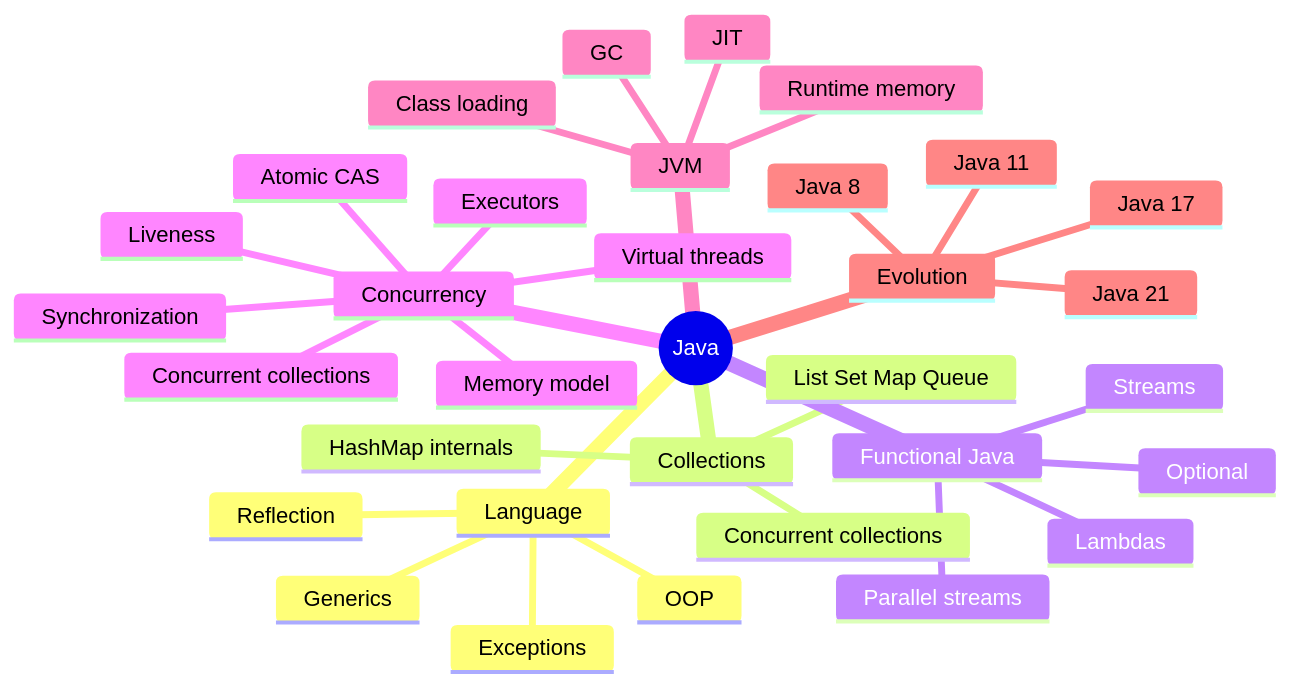
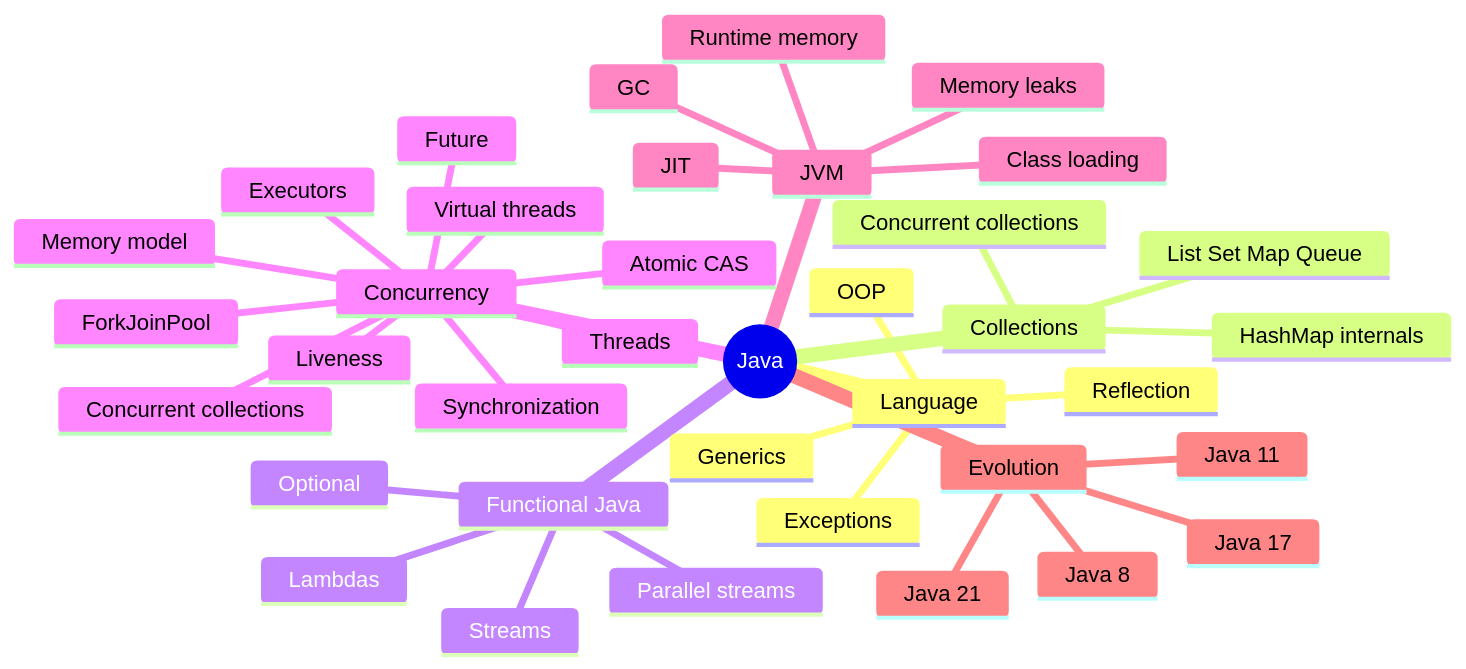
One commit to alimbetov/obsidian changed the diagram in 01_MAPS/Java Map.md. Above: the diagram before and after it, drawn with Mermaid. The commit also changed other lines of this file, not shown here.

Commit message:
map: link new Java thread Future ForkJoin and leak foundations

````diff
--- a/01_MAPS/Java Map.md
+++ b/01_MAPS/Java Map.md
@@ -12,36 +12,40 @@
 ```mermaid
 mindmap
   root((Java))
     Language
       OOP
       Generics
       Exceptions
       Reflection
     Collections
       List Set Map Queue
       HashMap internals
       Concurrent collections
     Functional Java
       Lambdas
       Streams
       Optional
       Parallel streams
     Concurrency
+      Threads
       Memory model
       Synchronization
       Atomic CAS
       Liveness
       Concurrent collections
       Executors
+      Future
+      ForkJoinPool
       Virtual threads
     JVM
       Class loading
       Runtime memory
+      Memory leaks
       JIT
       GC
     Evolution
       Java 8
       Java 11
       Java 17
       Java 21
 ```
````
